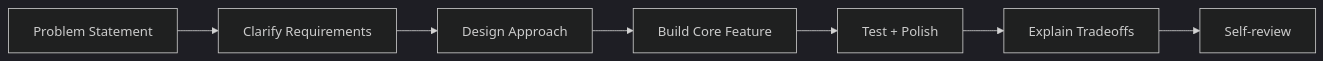
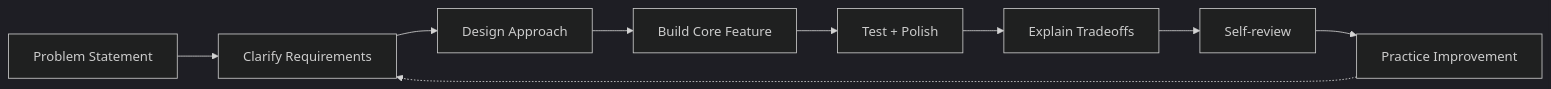
Before and after one commit to kaushalkumar8459/CodingTerminal-Tutorial-Notes: the diagram in tutorial-platform/public/tutorials/react/day-099-senior-machine-coding-simulation.md, drawn with Mermaid (dark theme). The commit also changed other lines of this file, not shown here.

````diff
--- a/tutorial-platform/public/tutorials/react/day-099-senior-machine-coding-simulation.md
+++ b/tutorial-platform/public/tutorials/react/day-099-senior-machine-coding-simulation.md
@@ -170,9 +183,11 @@
 ```mermaid
 flowchart LR
 	A[Problem Statement] --> B[Clarify Requirements]
 	B --> C[Design Approach]
 	C --> D[Build Core Feature]
 	D --> E[Test + Polish]
 	E --> F[Explain Tradeoffs]
 	F --> G[Self-review]
+	G --> H[Practice Improvement]
+	H -.-> B
 ```
````
